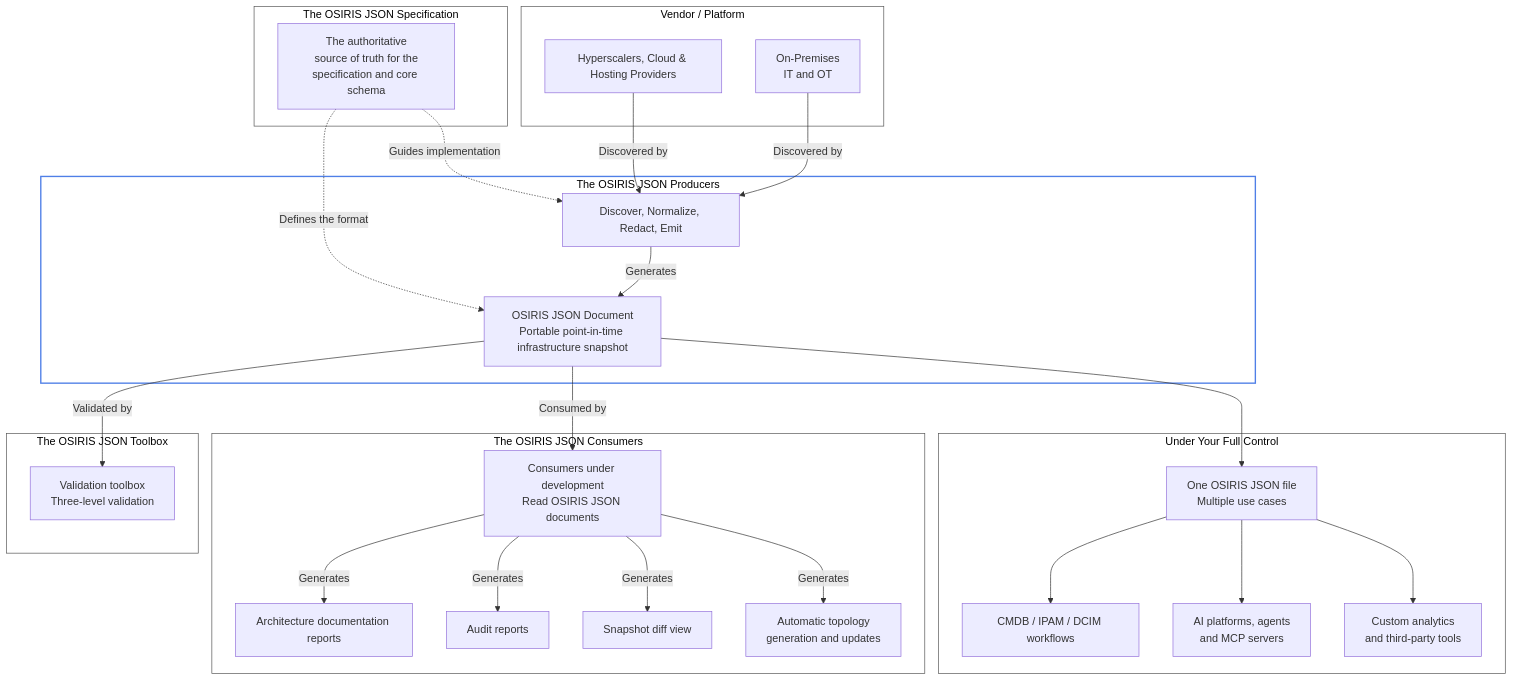
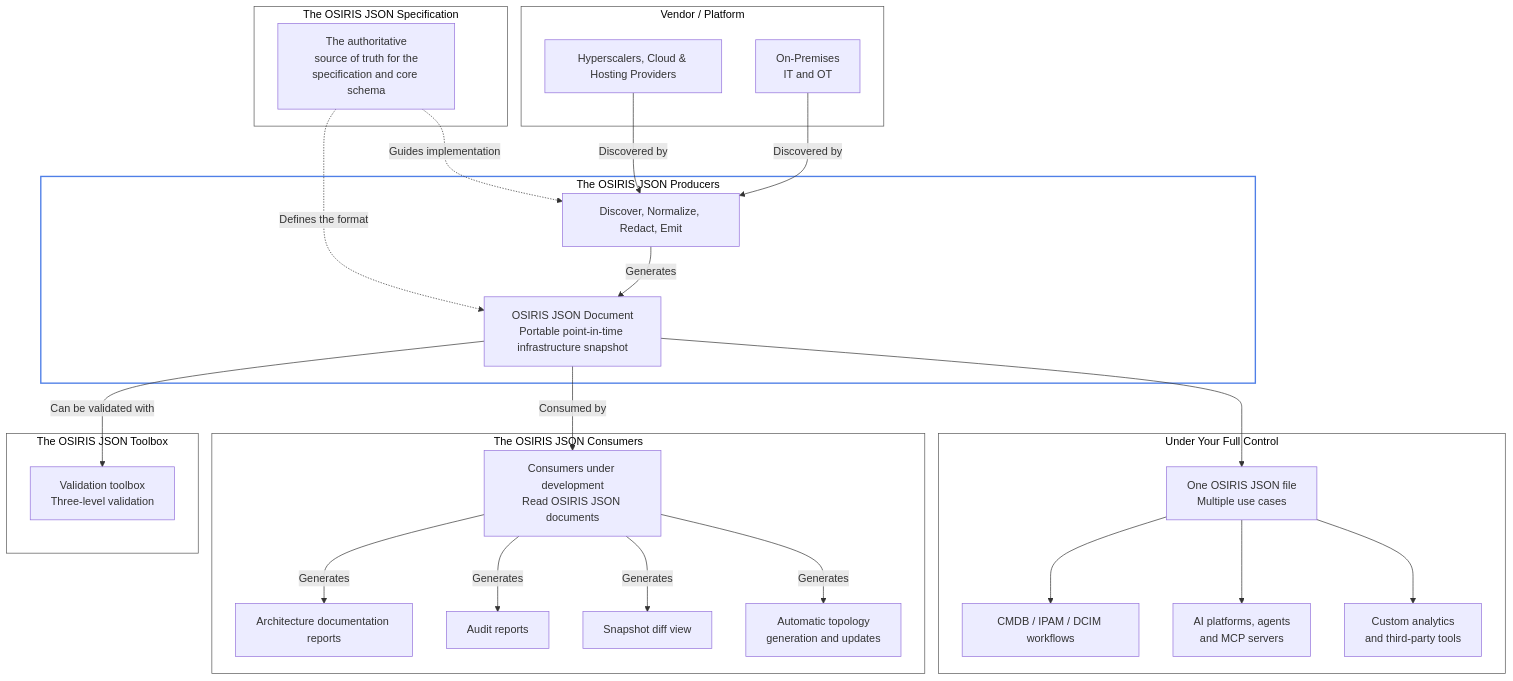
One commit to osirisjson/osiris-producers changed the diagram in README.md. Above: the diagram before and after it, drawn with Mermaid. The commit also changed other lines of this file, not shown here.

````diff
--- a/README.md
+++ b/README.md
@@ -39,63 +87,63 @@
 ```mermaid
 flowchart TD 
     subgraph VP ["Vendor / Platform"]
         A["Hyperscalers, Cloud & Hosting Providers"]
         B["On-Premises<br/>IT and OT"]
     end
     
     subgraph SP ["The OSIRIS JSON Specification"]
         S["The authoritative<br/>source of truth for the<br/>specification and core schema"]
     end
     
     subgraph PR ["The OSIRIS JSON Producers"]
         P["Discover, Normalize, Redact, Emit"]
         J["OSIRIS JSON Document<br/>Portable point-in-time infrastructure snapshot"]
     end
     
     subgraph VA ["The OSIRIS JSON Toolbox"]
         V["Validation toolbox<br/>Three-level validation"]
     end
     
     subgraph OC ["The OSIRIS JSON Consumers"]
         C["Consumers under development<br/>Read OSIRIS JSON documents"]
         AD["Architecture documentation reports"]
         AU["Audit reports"]
         DF["Snapshot diff view"]
         TP["Automatic topology<br/>generation and updates"]
     end
     
     subgraph UC ["Under Your Full Control"]
         U["One OSIRIS JSON file<br/>Multiple use cases"]
         M["CMDB / IPAM / DCIM workflows"]
         AI["AI platforms, agents<br/>and MCP servers"]
         X["Custom analytics<br/>and third-party tools"]
     end
     
     A -->|"Discovered by"| P
     B -->|"Discovered by"| P
 
     S -. "Defines the format" .-> J
     S -. "Guides implementation" .-> P
 
     P -->|"Generates"| J
 
-    J -->|"Validated by"| V
+    J -->|"Can be validated with"| V
 
     J -->|"Consumed by"| C
     C -->|"Generates"| AD
     C -->|"Generates"| AU
     C -->|"Generates"| DF
     C -->|"Generates"| TP
 
     J --> U
     U --> M
     U --> AI
     U --> X
     
     style VP fill:transparent,stroke:#555,stroke-width:1px,color:inherit
     style SP fill:transparent,stroke:#555,stroke-width:1px,color:inherit
     style PR fill:transparent,stroke:#4F7FE7,stroke-width:2px,color:inherit
     style VA fill:transparent,stroke:#555,stroke-width:1px,color:inherit
     style OC fill:transparent,stroke:#555,stroke-width:1px,color:inherit
     style UC fill:transparent,stroke:#555,stroke-width:1px,color:inherit
 ```
````
